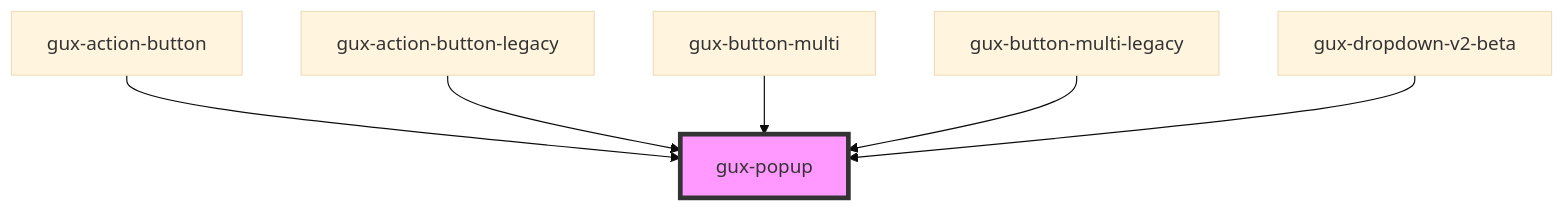
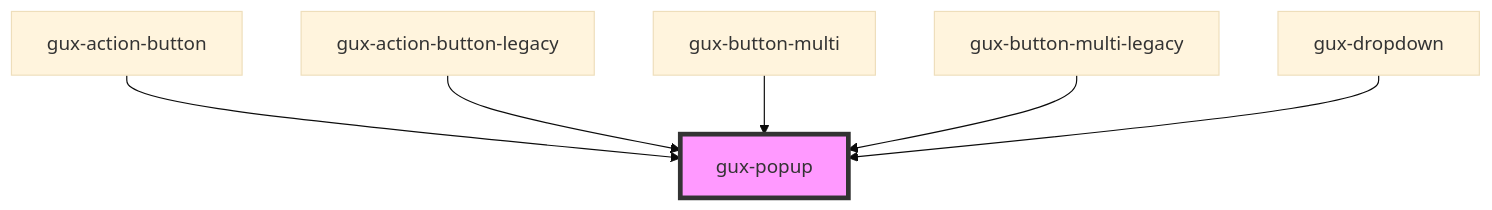
Before and after one commit to MyPureCloud/genesys-spark: the diagram in src/components/stable/gux-popup/readme.md, drawn with Mermaid (base theme). The commit also changed other lines of this file and 96 other files, not shown here.

````diff
--- a/src/components/stable/gux-popup/readme.md
+++ b/src/components/stable/gux-popup/readme.md
@@ -35,9 +35,9 @@
 ```mermaid
 graph TD;
   gux-action-button --> gux-popup
   gux-action-button-legacy --> gux-popup
   gux-button-multi --> gux-popup
   gux-button-multi-legacy --> gux-popup
-  gux-dropdown-v2-beta --> gux-popup
+  gux-dropdown --> gux-popup
   style gux-popup fill:#f9f,stroke:#333,stroke-width:4px
 ```
````
